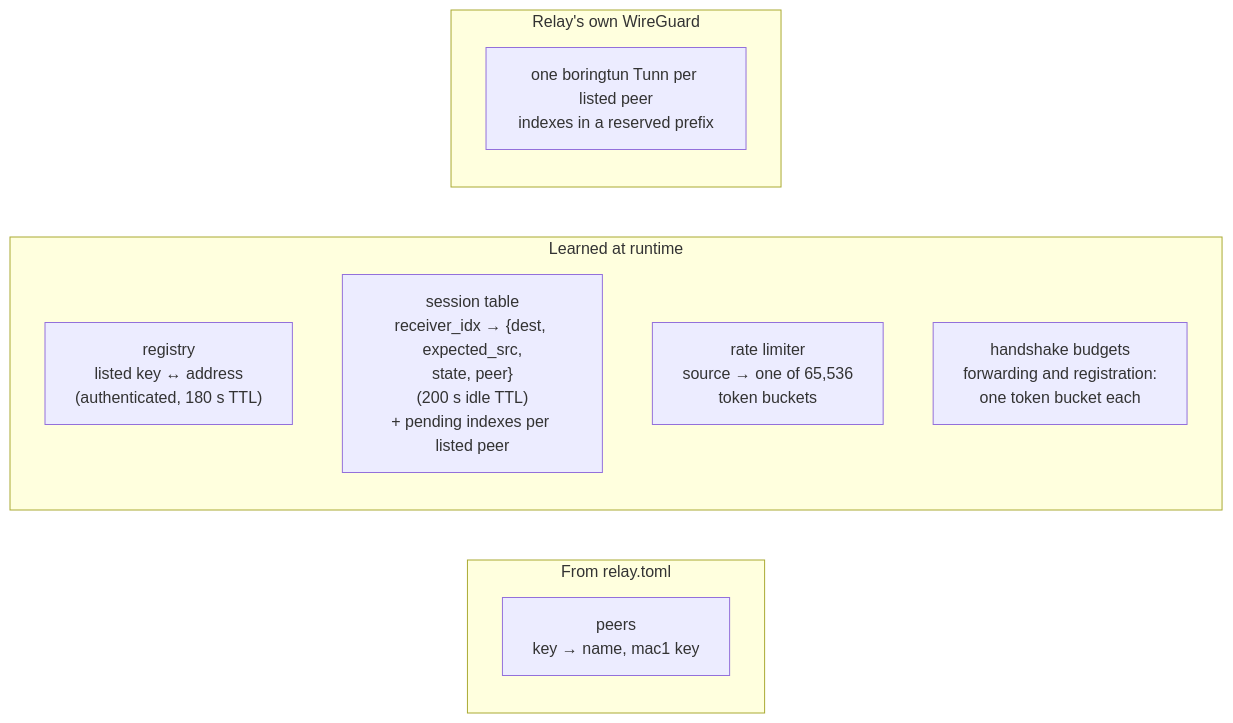
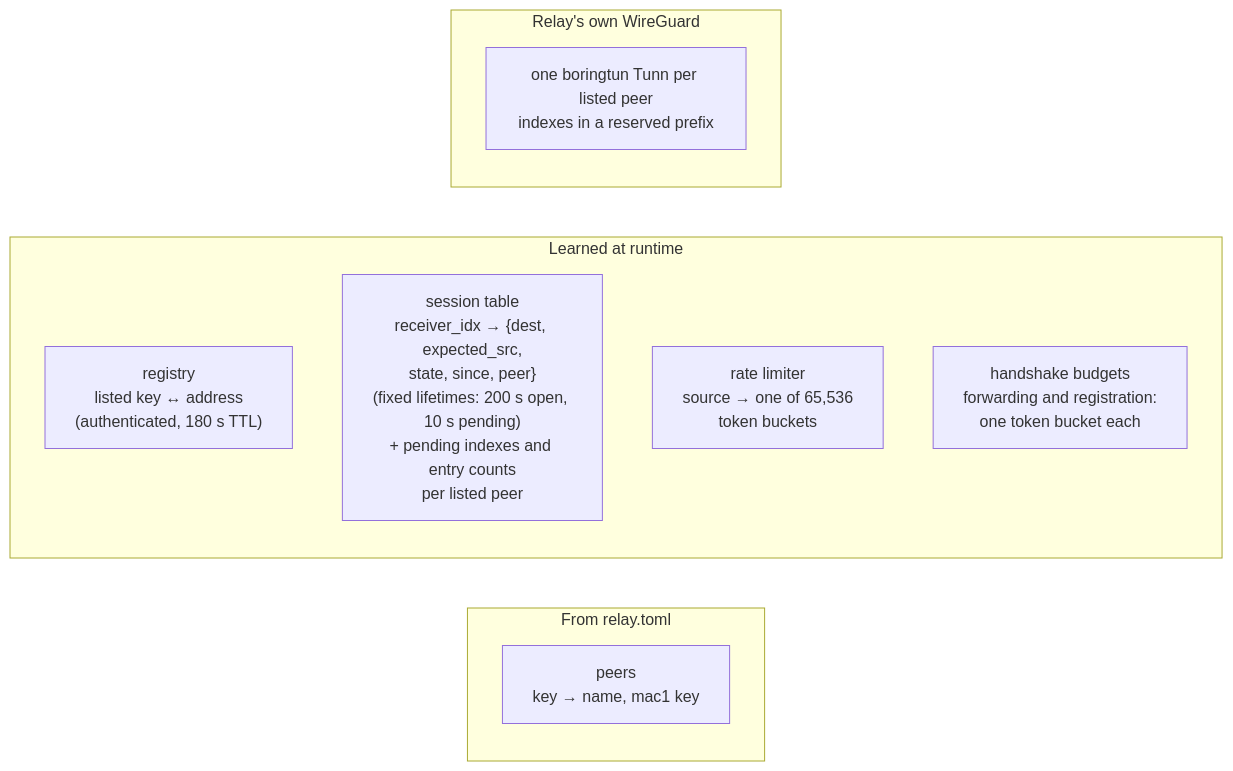
Before and after one commit to 3alpha/wg-relay: the eighth of 22 diagrams in docs/how-it-works.md, drawn with Mermaid. The commit also changed other lines of this file and 11 other files, not shown here.

````diff
--- a/docs/how-it-works.md
+++ b/docs/how-it-works.md
@@ -297,15 +297,15 @@
 ```mermaid
 flowchart LR
     subgraph cfg["From relay.toml"]
         P["peers<br/>key → name, mac1 key"]
     end
     subgraph learned_state["Learned at runtime"]
         REG["registry<br/>listed key ↔ address<br/>(authenticated, 180 s TTL)"]
-        SES["session table<br/>receiver_idx → {dest, expected_src,<br/>state, peer}<br/>(200 s idle TTL)<br/>+ pending indexes per listed peer"]
+        SES["session table<br/>receiver_idx → {dest, expected_src,<br/>state, since, peer}<br/>(fixed lifetimes: 200 s open, 10 s pending)<br/>+ pending indexes and entry counts<br/>per listed peer"]
         RL["rate limiter<br/>source → one of 65,536<br/>token buckets"]
         BUD["handshake budgets<br/>forwarding and registration:<br/>one token bucket each"]
     end
     subgraph tunnels["Relay's own WireGuard"]
         T["one boringtun Tunn per listed peer<br/>indexes in a reserved prefix"]
     end
 ```
````
